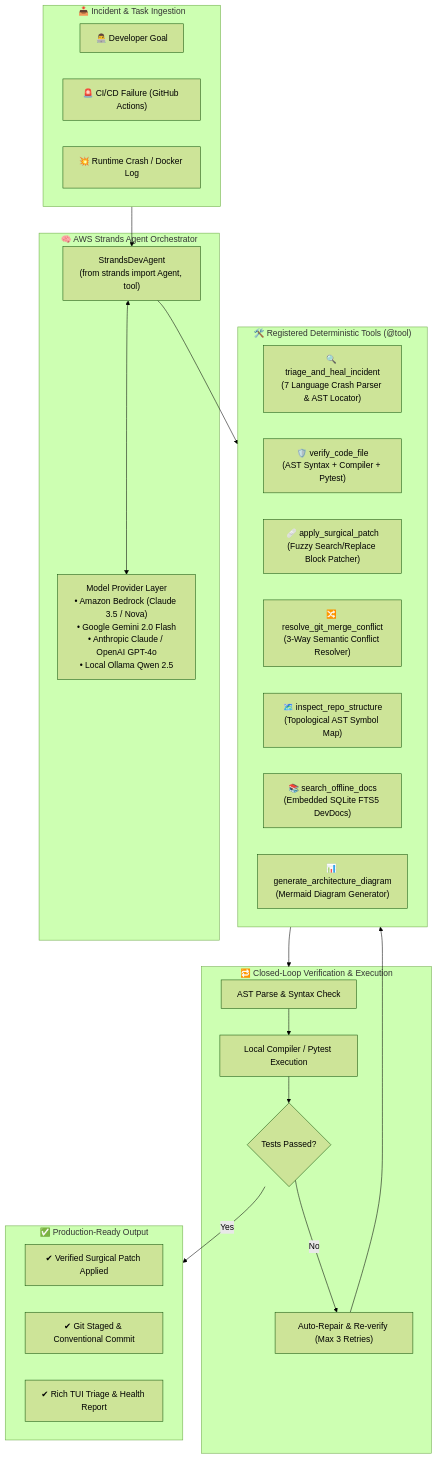
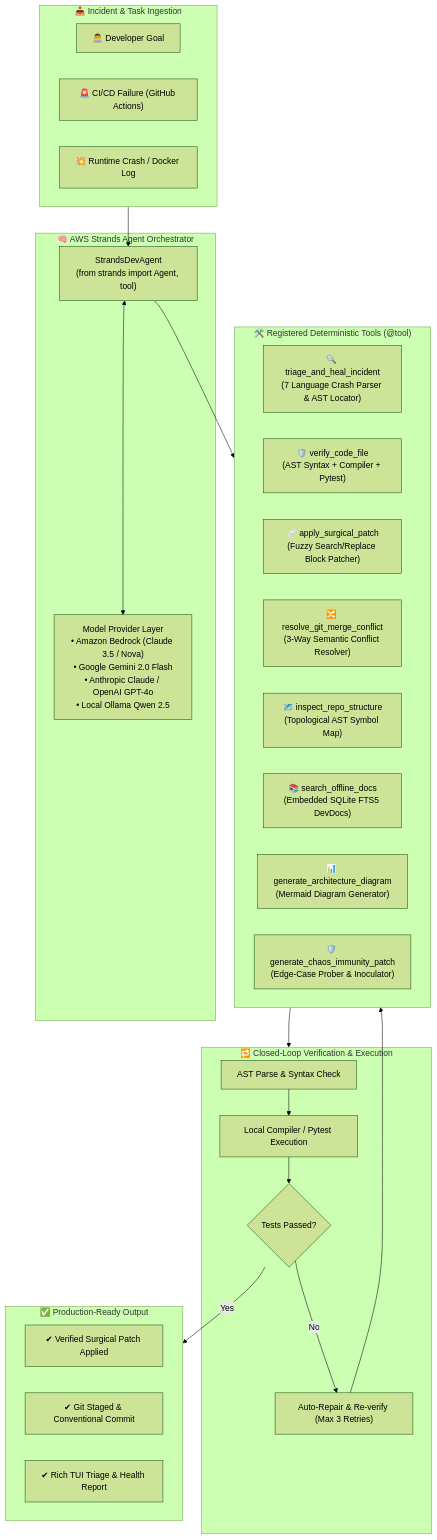
Before and after one commit to krishivjoshi219-collab/K-Cli-for-Devs: the diagram in README.md, drawn with Mermaid (forest theme). The commit also changed other lines of this file and 19 other files, not shown here.

Commit message:
feat(killer feature): implement Autonomous Chaos Immunity & Edge-Case Self-Healing Engine (Strands Tool #8 & TUI Modal)

````diff
--- a/README.md
+++ b/README.md
@@ -31,44 +31,45 @@
 ```mermaid
 flowchart TD
   subgraph Input ["📥 Incident & Task Ingestion"]
     User["👨‍💻 Developer Goal"]
     CI["🚨 CI/CD Failure (GitHub Actions)"]
     Crash["💥 Runtime Crash / Docker Log"]
   end
 
   subgraph Brain ["🧠 AWS Strands Agent Orchestrator"]
     SA["StrandsDevAgent\n(from strands import Agent, tool)"]
     Models["Model Provider Layer\n• Amazon Bedrock (Claude 3.5 / Nova)\n• Google Gemini 2.0 Flash\n• Anthropic Claude / OpenAI GPT-4o\n• Local Ollama Qwen 2.5"]
     SA <--> Models
   end
 
   subgraph Tools ["🛠️ Registered Deterministic Tools (@tool)"]
     T1["🔍 triage_and_heal_incident\n(7 Language Crash Parser & AST Locator)"]
     T2["🛡️ verify_code_file\n(AST Syntax + Compiler + Pytest)"]
     T3["🩹 apply_surgical_patch\n(Fuzzy Search/Replace Block Patcher)"]
     T4["🔀 resolve_git_merge_conflict\n(3-Way Semantic Conflict Resolver)"]
     T5["🗺️ inspect_repo_structure\n(Topological AST Symbol Map)"]
     T6["📚 search_offline_docs\n(Embedded SQLite FTS5 DevDocs)"]
     T7["📊 generate_architecture_diagram\n(Mermaid Diagram Generator)"]
+    T8["🛡️ generate_chaos_immunity_patch\n(Edge-Case Prober & Inoculator)"]
   end
 
   subgraph Loop ["🔁 Closed-Loop Verification & Execution"]
     AST["AST Parse & Syntax Check"]
     Comp["Local Compiler / Pytest Execution"]
     Retry{"Tests Passed?"}
     SelfHeal["Auto-Repair & Re-verify (Max 3 Retries)"]
   end
 
   subgraph Output ["✅ Production-Ready Output"]
     Patched["✔ Verified Surgical Patch Applied"]
     Commit["✔ Git Staged & Conventional Commit"]
     Report["✔ Rich TUI Triage & Health Report"]
   end
 
   Input --> SA
   SA --> Tools
   Tools --> Loop
   AST --> Comp --> Retry
   Retry -- No --> SelfHeal --> Tools
   Retry -- Yes --> Output
 ```
````
